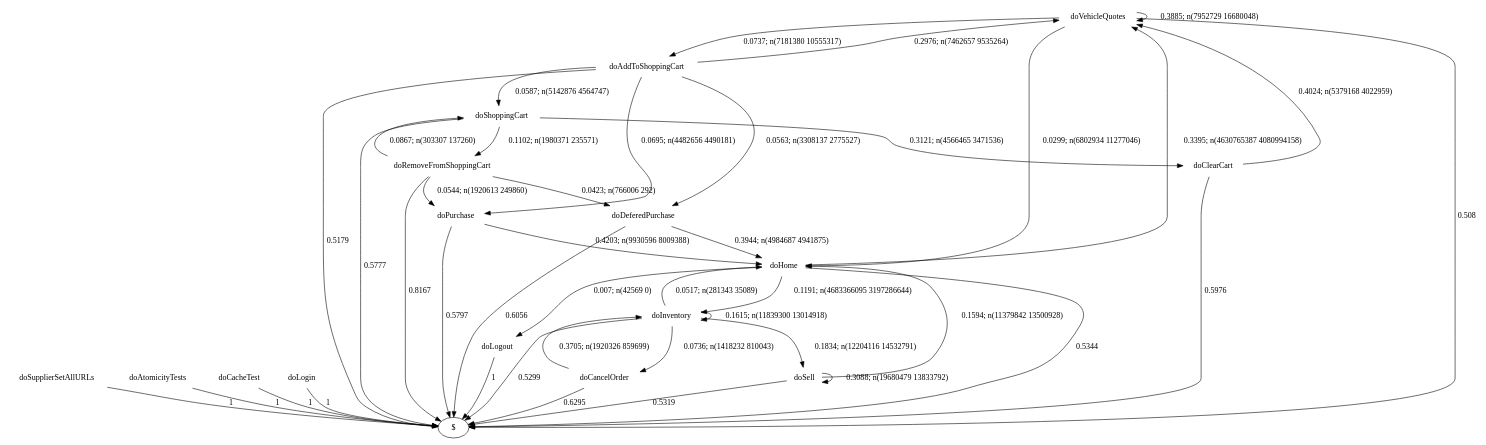
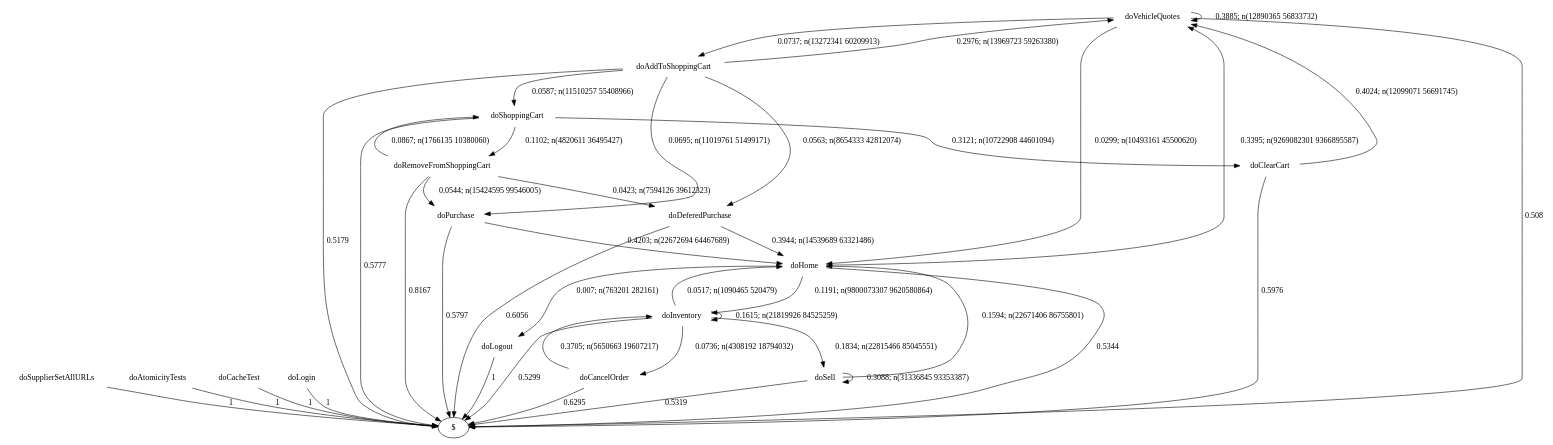
The diagram in examples/specj/output/gen_graph.dot (alperhi/wessbas.behaviorModelExtractor), drawn with Graphviz before and after one commit. The commit also changed 14 other files, not shown here.

```diff
--- a/examples/specj/output/gen_graph.dot
+++ b/examples/specj/output/gen_graph.dot
@@ -1,59 +1,59 @@
 digraph G {
 "doSupplierSetAllURLs" [label="doSupplierSetAllURLs",shape=none];
 "doAtomicityTests" [label="doAtomicityTests",shape=none];
 "doCacheTest" [label="doCacheTest",shape=none];
 "doLogin" [label="doLogin",shape=none];
 "doVehicleQuotes" [label="doVehicleQuotes",shape=none];
 "doAddToShoppingCart" [label="doAddToShoppingCart",shape=none];
 "doDeferedPurchase" [label="doDeferedPurchase",shape=none];
 "doHome" [label="doHome",shape=none];
 "doShoppingCart" [label="doShoppingCart",shape=none];
 "doClearCart" [label="doClearCart",shape=none];
 "doPurchase" [label="doPurchase",shape=none];
 "doInventory" [label="doInventory",shape=none];
 "doSell" [label="doSell",shape=none];
 "doLogout" [label="doLogout",shape=none];
 "doCancelOrder" [label="doCancelOrder",shape=none];
 "doRemoveFromShoppingCart" [label="doRemoveFromShoppingCart",shape=none];
 "doSupplierSetAllURLs"->"$" [style=solid,label="1"];
 "doAtomicityTests"->"$" [style=solid,label="1"];
 "doCacheTest"->"$" [style=solid,label="1"];
 "doLogin"->"$" [style=solid,label="1"];
-"doVehicleQuotes"->"doVehicleQuotes" [style=solid,label="0.3885; n(7952729 16680048)"];
-"doVehicleQuotes"->"doAddToShoppingCart" [style=solid,label="0.0737; n(7181380 10555317)"];
-"doVehicleQuotes"->"doHome" [style=solid,label="0.0299; n(6802934 11277046)"];
+"doVehicleQuotes"->"doVehicleQuotes" [style=solid,label="0.3885; n(12890365 56833732)"];
+"doVehicleQuotes"->"doAddToShoppingCart" [style=solid,label="0.0737; n(13272341 60209913)"];
+"doVehicleQuotes"->"doHome" [style=solid,label="0.0299; n(10493161 45500620)"];
 "doVehicleQuotes"->"$" [style=solid,label="0.508"];
-"doAddToShoppingCart"->"doVehicleQuotes" [style=solid,label="0.2976; n(7462657 9535264)"];
-"doAddToShoppingCart"->"doDeferedPurchase" [style=solid,label="0.0563; n(3308137 2775527)"];
-"doAddToShoppingCart"->"doShoppingCart" [style=solid,label="0.0587; n(5142876 4564747)"];
-"doAddToShoppingCart"->"doPurchase" [style=solid,label="0.0695; n(4482656 4490181)"];
+"doAddToShoppingCart"->"doVehicleQuotes" [style=solid,label="0.2976; n(13969723 59263380)"];
+"doAddToShoppingCart"->"doDeferedPurchase" [style=solid,label="0.0563; n(8654333 42812074)"];
+"doAddToShoppingCart"->"doShoppingCart" [style=solid,label="0.0587; n(11510257 55408966)"];
+"doAddToShoppingCart"->"doPurchase" [style=solid,label="0.0695; n(11019761 51499171)"];
 "doAddToShoppingCart"->"$" [style=solid,label="0.5179"];
-"doDeferedPurchase"->"doHome" [style=solid,label="0.3944; n(4984687 4941875)"];
+"doDeferedPurchase"->"doHome" [style=solid,label="0.3944; n(14539689 63321486)"];
 "doDeferedPurchase"->"$" [style=solid,label="0.6056"];
-"doHome"->"doVehicleQuotes" [style=solid,label="0.3395; n(4630765387 4080994158)"];
-"doHome"->"doInventory" [style=solid,label="0.1191; n(4683366095 3197286644)"];
-"doHome"->"doLogout" [style=solid,label="0.007; n(42569 0)"];
+"doHome"->"doVehicleQuotes" [style=solid,label="0.3395; n(9269082301 9366895587)"];
+"doHome"->"doInventory" [style=solid,label="0.1191; n(9800073307 9620580864)"];
+"doHome"->"doLogout" [style=solid,label="0.007; n(763201 282161)"];
 "doHome"->"$" [style=solid,label="0.5344"];
-"doShoppingCart"->"doClearCart" [style=solid,label="0.3121; n(4566465 3471536)"];
-"doShoppingCart"->"doRemoveFromShoppingCart" [style=solid,label="0.1102; n(1980371 235571)"];
+"doShoppingCart"->"doClearCart" [style=solid,label="0.3121; n(10722908 44601094)"];
+"doShoppingCart"->"doRemoveFromShoppingCart" [style=solid,label="0.1102; n(4820611 36495427)"];
 "doShoppingCart"->"$" [style=solid,label="0.5777"];
-"doClearCart"->"doVehicleQuotes" [style=solid,label="0.4024; n(5379168 4022959)"];
+"doClearCart"->"doVehicleQuotes" [style=solid,label="0.4024; n(12099071 56691745)"];
 "doClearCart"->"$" [style=solid,label="0.5976"];
-"doPurchase"->"doHome" [style=solid,label="0.4203; n(9930596 8009388)"];
+"doPurchase"->"doHome" [style=solid,label="0.4203; n(22672694 64467689)"];
 "doPurchase"->"$" [style=solid,label="0.5797"];
-"doInventory"->"doHome" [style=solid,label="0.0517; n(281343 35089)"];
-"doInventory"->"doInventory" [style=solid,label="0.1615; n(11839300 13014918)"];
-"doInventory"->"doSell" [style=solid,label="0.1834; n(12204116 14532791)"];
-"doInventory"->"doCancelOrder" [style=solid,label="0.0736; n(1418232 810043)"];
+"doInventory"->"doHome" [style=solid,label="0.0517; n(1090465 520479)"];
+"doInventory"->"doInventory" [style=solid,label="0.1615; n(21819926 84525259)"];
+"doInventory"->"doSell" [style=solid,label="0.1834; n(22815466 85045551)"];
+"doInventory"->"doCancelOrder" [style=solid,label="0.0736; n(4308192 18794032)"];
 "doInventory"->"$" [style=solid,label="0.5299"];
-"doSell"->"doHome" [style=solid,label="0.1594; n(11379842 13500928)"];
-"doSell"->"doSell" [style=solid,label="0.3088; n(19680479 13833792)"];
+"doSell"->"doHome" [style=solid,label="0.1594; n(22671406 86755801)"];
+"doSell"->"doSell" [style=solid,label="0.3088; n(31336845 93353387)"];
 "doSell"->"$" [style=solid,label="0.5319"];
 "doLogout"->"$" [style=solid,label="1"];
-"doCancelOrder"->"doInventory" [style=solid,label="0.3705; n(1920326 859699)"];
+"doCancelOrder"->"doInventory" [style=solid,label="0.3705; n(5650663 19607217)"];
 "doCancelOrder"->"$" [style=solid,label="0.6295"];
-"doRemoveFromShoppingCart"->"doDeferedPurchase" [style=solid,label="0.0423; n(766006 292)"];
-"doRemoveFromShoppingCart"->"doShoppingCart" [style=solid,label="0.0867; n(303307 137260)"];
-"doRemoveFromShoppingCart"->"doPurchase" [style=solid,label="0.0544; n(1920613 249860)"];
+"doRemoveFromShoppingCart"->"doDeferedPurchase" [style=solid,label="0.0423; n(7594126 39612323)"];
+"doRemoveFromShoppingCart"->"doShoppingCart" [style=solid,label="0.0867; n(1766135 10380060)"];
+"doRemoveFromShoppingCart"->"doPurchase" [style=solid,label="0.0544; n(15424595 99546005)"];
 "doRemoveFromShoppingCart"->"$" [style=solid,label="0.8167"];
 }
```
